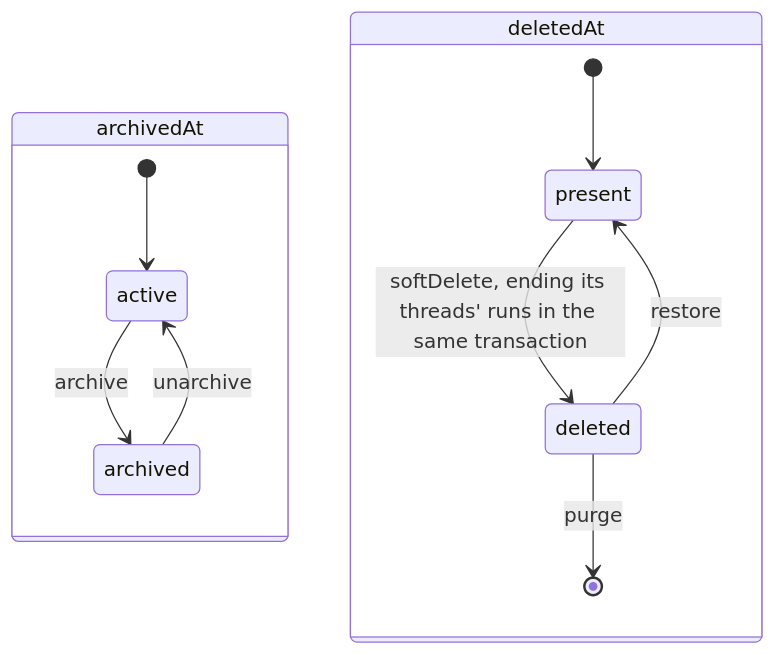
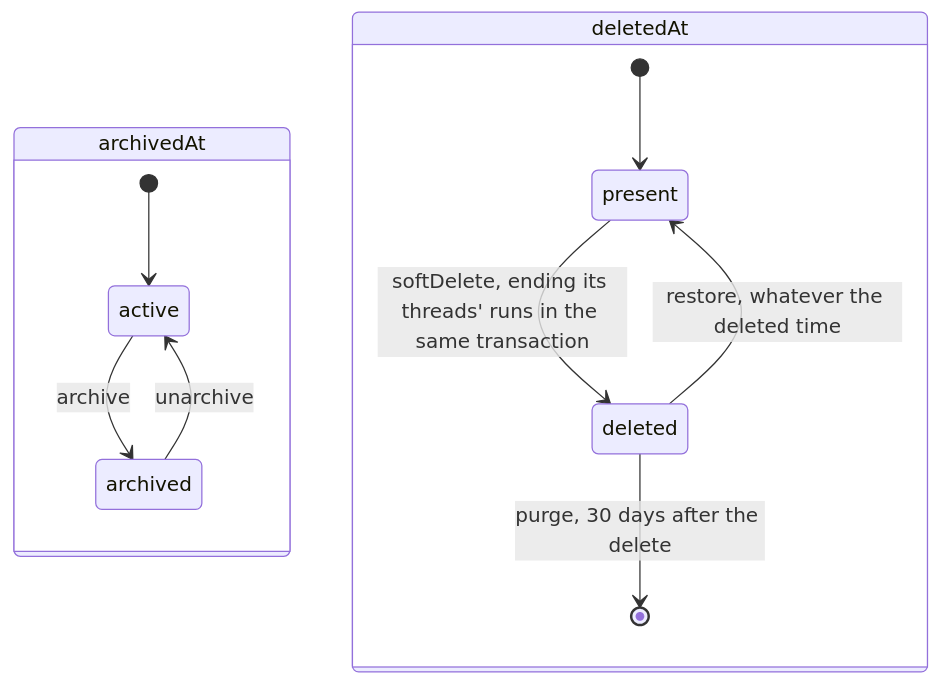
One commit to haowjy/meridian-flow changed the diagram in apps/server/server/domains/projects/.context/state-machines.md. Above: the diagram before and after it, drawn with Mermaid. The commit also changed other lines of this file and 27 other files, not shown here.

````diff
--- a/apps/server/server/domains/projects/.context/state-machines.md
+++ b/apps/server/server/domains/projects/.context/state-machines.md
@@ -7,14 +7,14 @@
 ```mermaid
 stateDiagram-v2
   state "archivedAt" as A {
     [*] --> active
     active --> archived: archive
     archived --> active: unarchive
   }
   state "deletedAt" as D {
     [*] --> present
     present --> deleted: softDelete, ending its threads' runs in the same transaction
-    deleted --> present: restore
-    deleted --> [*]: purge
+    deleted --> present: restore, whatever the deleted time
+    deleted --> [*]: purge, 30 days after the delete
   }
 ```
````
